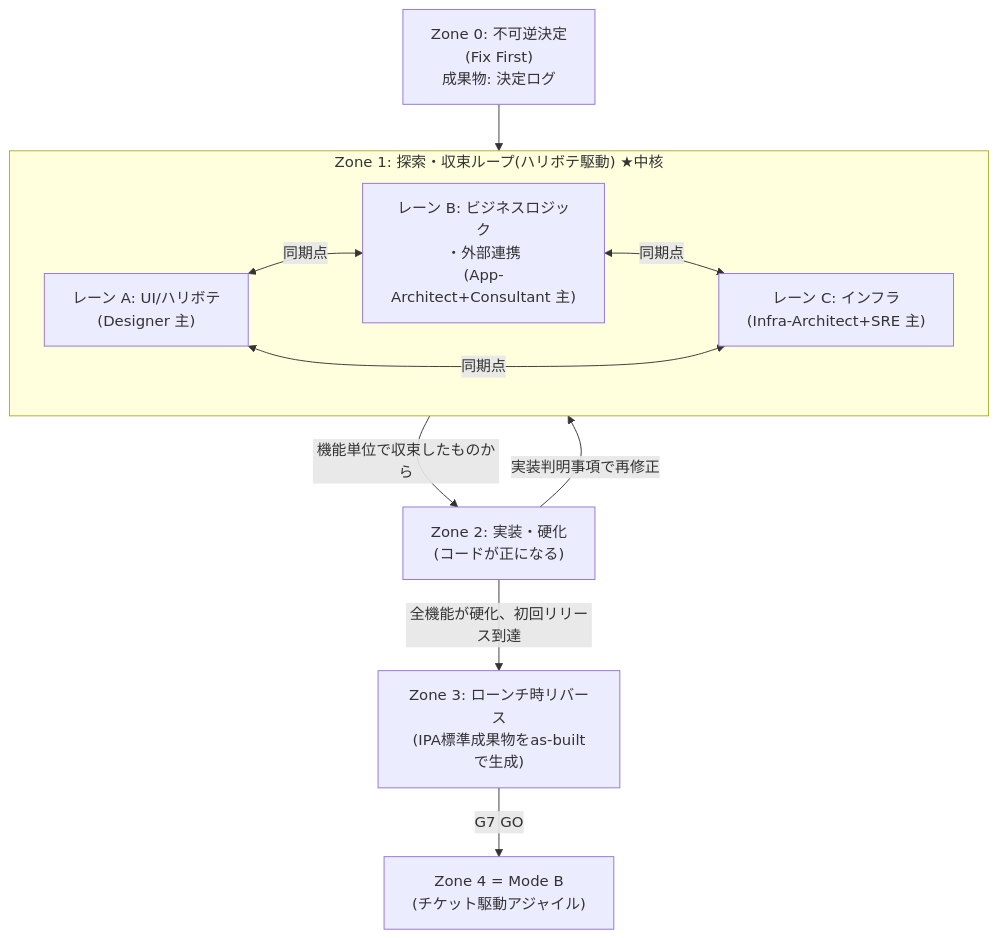
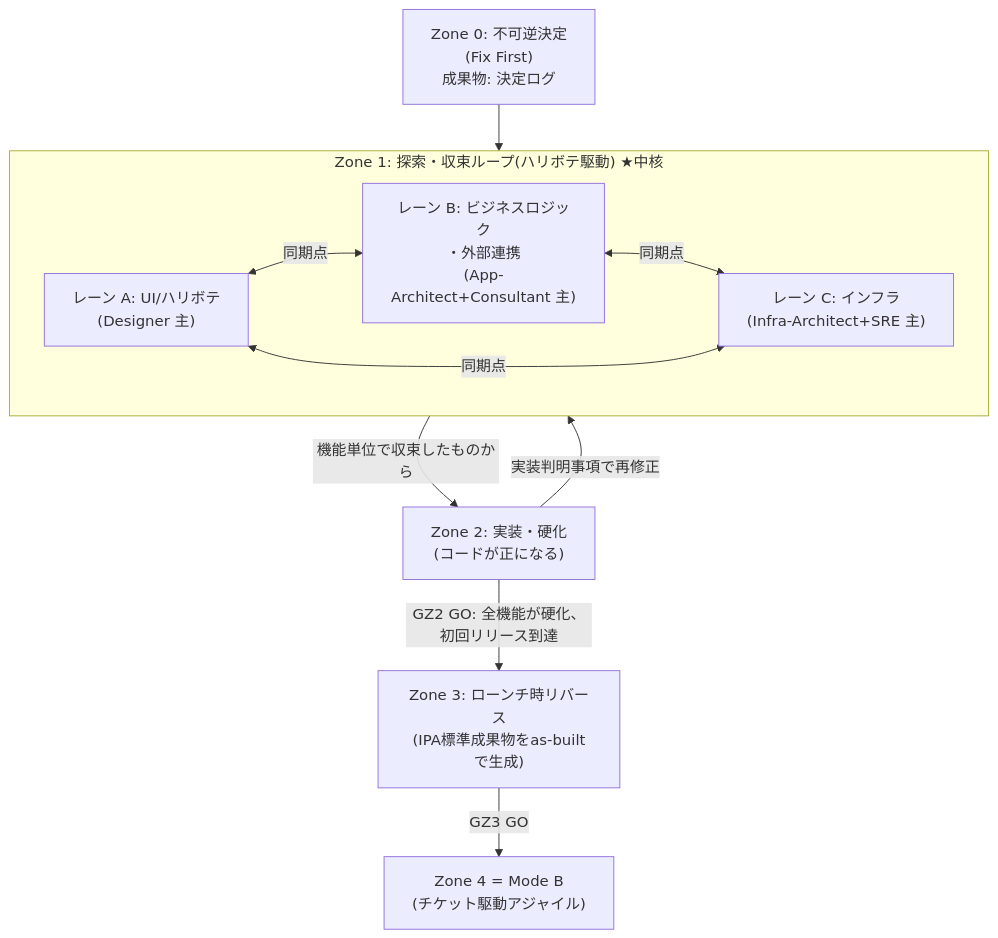
The second of 5 diagrams in docs/v2/01_プロセス定義書.md (k-tanaka-522/aidev), drawn with Mermaid before and after one commit. The commit also changed other lines of this file, not shown here.

````diff
--- a/docs/v2/01_プロセス定義書.md
+++ b/docs/v2/01_プロセス定義書.md
@@ -166,20 +170,20 @@
 ```mermaid
 flowchart TB
     Z0["Zone 0: 不可逆決定<br/>(Fix First)<br/>成果物: 決定ログ"]
     Z0 --> Z1
 
     subgraph Z1["Zone 1: 探索・収束ループ(ハリボテ駆動) ★中核"]
         direction LR
         LA["レーン A: UI/ハリボテ<br/>(Designer 主)"]
         LB["レーン B: ビジネスロジック<br/>・外部連携<br/>(App-Architect+Consultant 主)"]
         LC["レーン C: インフラ<br/>(Infra-Architect+SRE 主)"]
         LA <-->|同期点| LB
         LB <-->|同期点| LC
         LA <-->|同期点| LC
     end
 
     Z1 -->|機能単位で収束したものから| Z2["Zone 2: 実装・硬化<br/>(コードが正になる)"]
     Z2 -->|実装判明事項で再修正| Z1
-    Z2 -->|全機能が硬化、初回リリース到達| Z3["Zone 3: ローンチ時リバース<br/>(IPA標準成果物をas-builtで生成)"]
-    Z3 -->|G7 GO| Z4["Zone 4 = Mode B<br/>(チケット駆動アジャイル)"]
+    Z2 -->|GZ2 GO: 全機能が硬化、初回リリース到達| Z3["Zone 3: ローンチ時リバース<br/>(IPA標準成果物をas-builtで生成)"]
+    Z3 -->|GZ3 GO| Z4["Zone 4 = Mode B<br/>(チケット駆動アジャイル)"]
 ```
````
